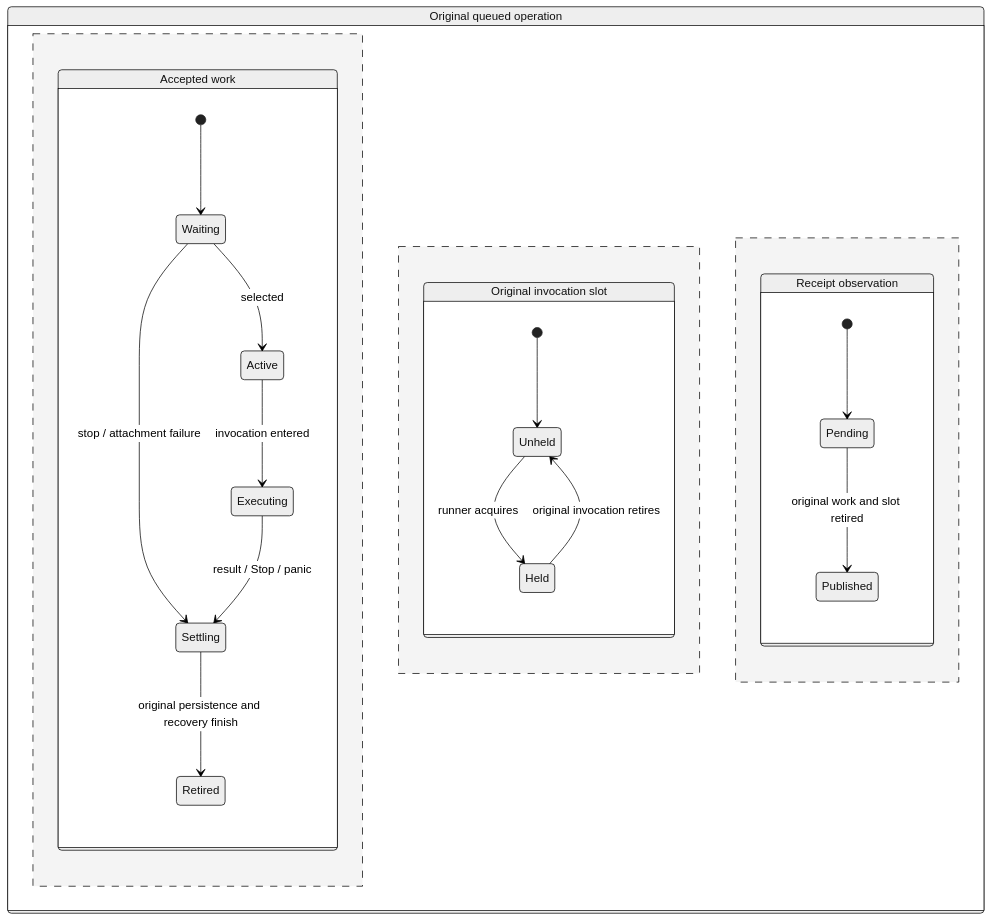
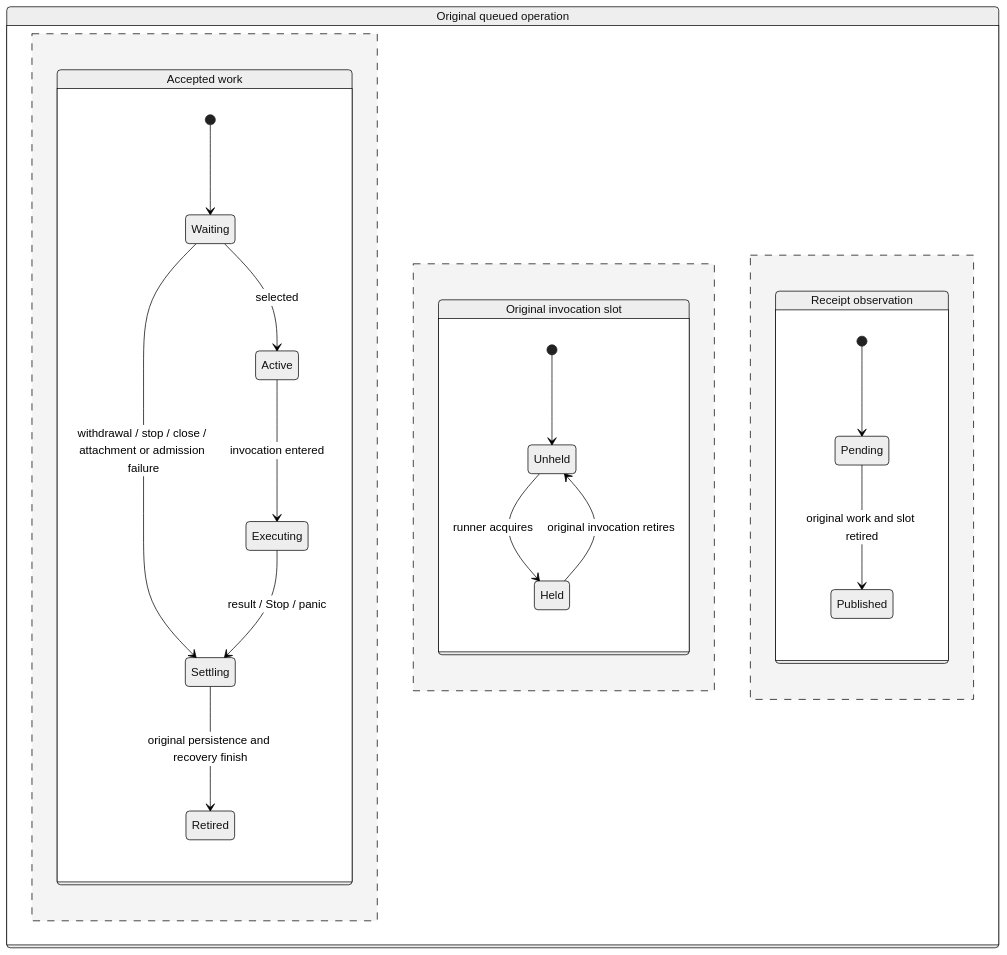
Before and after one commit to nessalabs/nessa-agent: the diagram in crates/nessa-sdk/docs/agent_execution/scheduling.md, drawn with Mermaid (neutral theme).

Commit message:
docs(sdk): name every waiting-work settlement in the receipt chart
Refs #405

````diff
--- a/crates/nessa-sdk/docs/agent_execution/scheduling.md
+++ b/crates/nessa-sdk/docs/agent_execution/scheduling.md
@@ -142,24 +142,24 @@
 ```mermaid
 stateDiagram-v2
     state "Original queued operation" as Original {
         state "Accepted work" as Work {
             [*] --> Waiting
             Waiting --> Active: selected
-            Waiting --> Settling: stop / attachment failure
+            Waiting --> Settling: withdrawal / stop / close / attachment or admission failure
             Active --> Executing: invocation entered
             Executing --> Settling: result / Stop / panic
             Settling --> Retired: original persistence and recovery finish
         }
         --
         state "Original invocation slot" as Slot {
             [*] --> Unheld
             Unheld --> Held: runner acquires
             Held --> Unheld: original invocation retires
         }
         --
         state "Receipt observation" as Receipt {
             [*] --> Pending
             Pending --> Published: original work and slot retired
         }
     }
 ```
````
